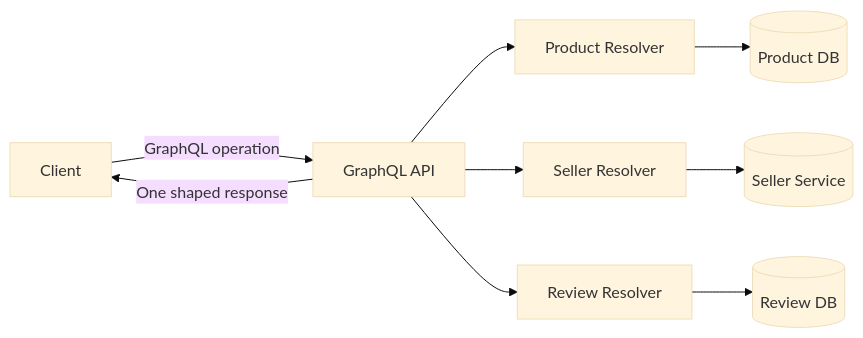
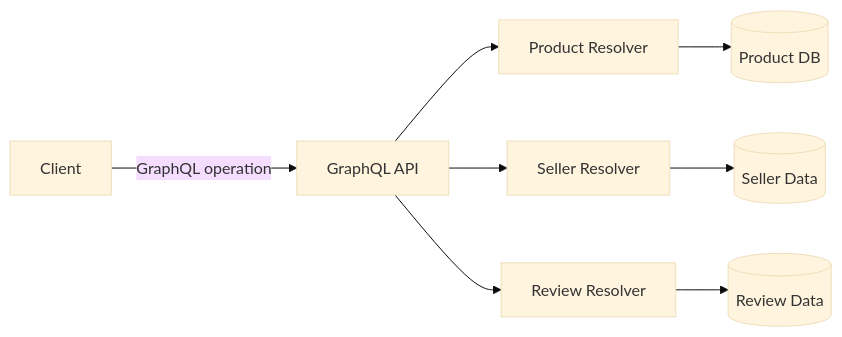
The third of 6 diagrams in src/content/api-design/rest-vs-graphql-vs-grpc.md (AvadhBhalodiya/Interview-Preparation), drawn with Mermaid (base theme) before and after one commit. The commit also changed other lines of this file and 54 other files, not shown here.

````diff
--- a/src/content/api-design/rest-vs-graphql-vs-grpc.md
+++ b/src/content/api-design/rest-vs-graphql-vs-grpc.md
@@ -250,11 +207,10 @@
 ```mermaid
 flowchart LR
     C[Client] -->|GraphQL operation| G[GraphQL API]
     G --> P[Product Resolver]
     G --> S[Seller Resolver]
     G --> R[Review Resolver]
-    P --> D1[(Product DB)]
-    S --> D2[(Seller Service)]
-    R --> D3[(Review DB)]
-    G -->|One shaped response| C
+    P --> DB1[(Product DB)]
+    S --> DB2[(Seller Data)]
+    R --> DB3[(Review Data)]
 ```
````
